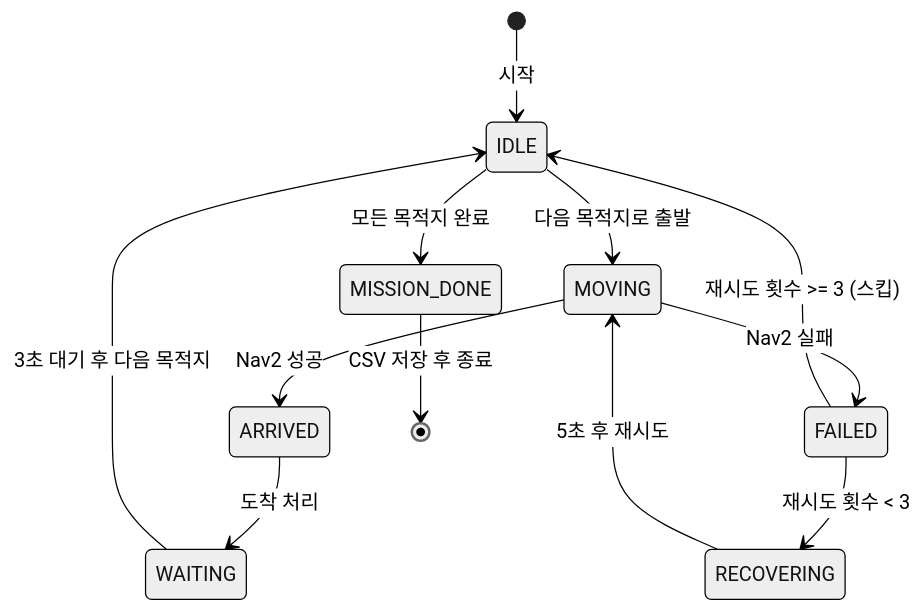
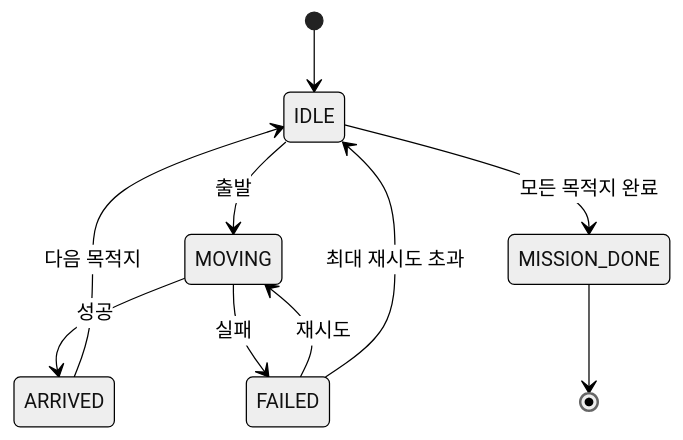
The second of 2 diagrams in README.md (dongukl/delivery_robot), drawn with Mermaid (neutral theme) before and after one commit. The commit also changed other lines of this file, not shown here.

Commit message:
다이어그램 변경

````diff
--- a/README.md
+++ b/README.md
@@ -43,19 +34,12 @@
 ```mermaid
 stateDiagram-v2
-    [*] --> IDLE : 시작
-
-    IDLE --> MOVING : 다음 목적지로 출발
-    MOVING --> ARRIVED : Nav2 성공
-    MOVING --> FAILED : Nav2 실패
-
-    ARRIVED --> WAITING : 도착 처리
-    WAITING --> IDLE : 3초 대기 후 다음 목적지
-
-    FAILED --> RECOVERING : 재시도 횟수 < 3
-    RECOVERING --> MOVING : 5초 후 재시도
-
-    FAILED --> IDLE : 재시도 횟수 >= 3 (스킵)
-
+    [*] --> IDLE
+    IDLE --> MOVING : 출발
+    MOVING --> ARRIVED : 성공
+    MOVING --> FAILED : 실패
+    ARRIVED --> IDLE : 다음 목적지
+    FAILED --> MOVING : 재시도
+    FAILED --> IDLE : 최대 재시도 초과
     IDLE --> MISSION_DONE : 모든 목적지 완료
-    MISSION_DONE --> [*] : CSV 저장 후 종료
+    MISSION_DONE --> [*]
 ```
````
